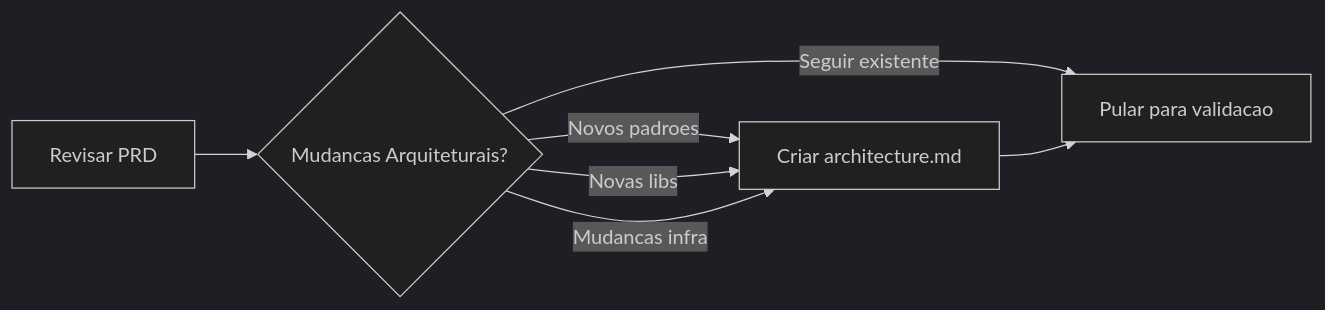
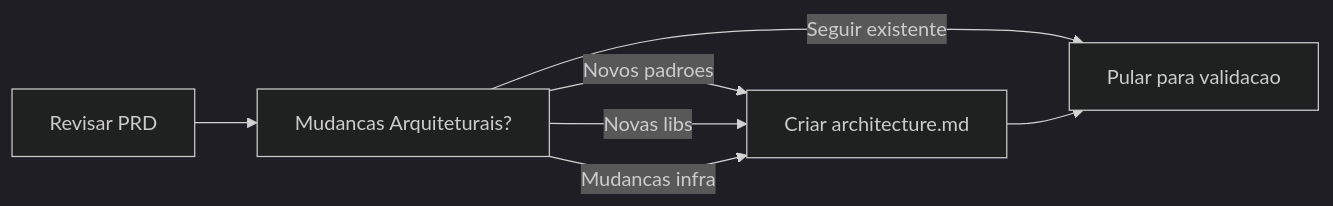
One commit to bychrisr/aios-docs changed the fifth of 9 diagrams in content/en/docs/guides/workflows/BROWNFIELD-FULLSTACK-WORKFLOW.mdx. Above: the diagram before and after it, drawn with Mermaid (dark theme). The commit also changed other lines of this file and 40 other files, not shown here.

````diff
--- a/content/en/docs/guides/workflows/BROWNFIELD-FULLSTACK-WORKFLOW.mdx
+++ b/content/en/docs/guides/workflows/BROWNFIELD-FULLSTACK-WORKFLOW.mdx
@@ -581,9 +581,9 @@
 ```mermaid
 flowchart LR
-    A[Revisar PRD] --> B{Mudancas Arquiteturais?}
+    A[Revisar PRD] --> B[Mudancas Arquiteturais?]
     B -->|Novos padroes| C[Criar architecture.md]
     B -->|Novas libs| C
     B -->|Mudancas infra| C
     B -->|Seguir existente| D[Pular para validacao]
     C --> D
 ```
````
